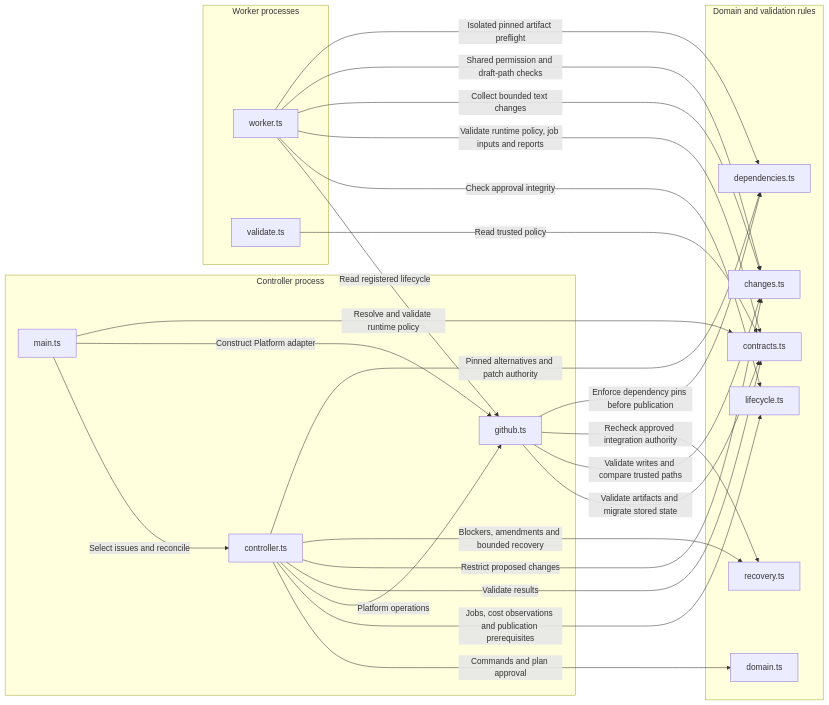
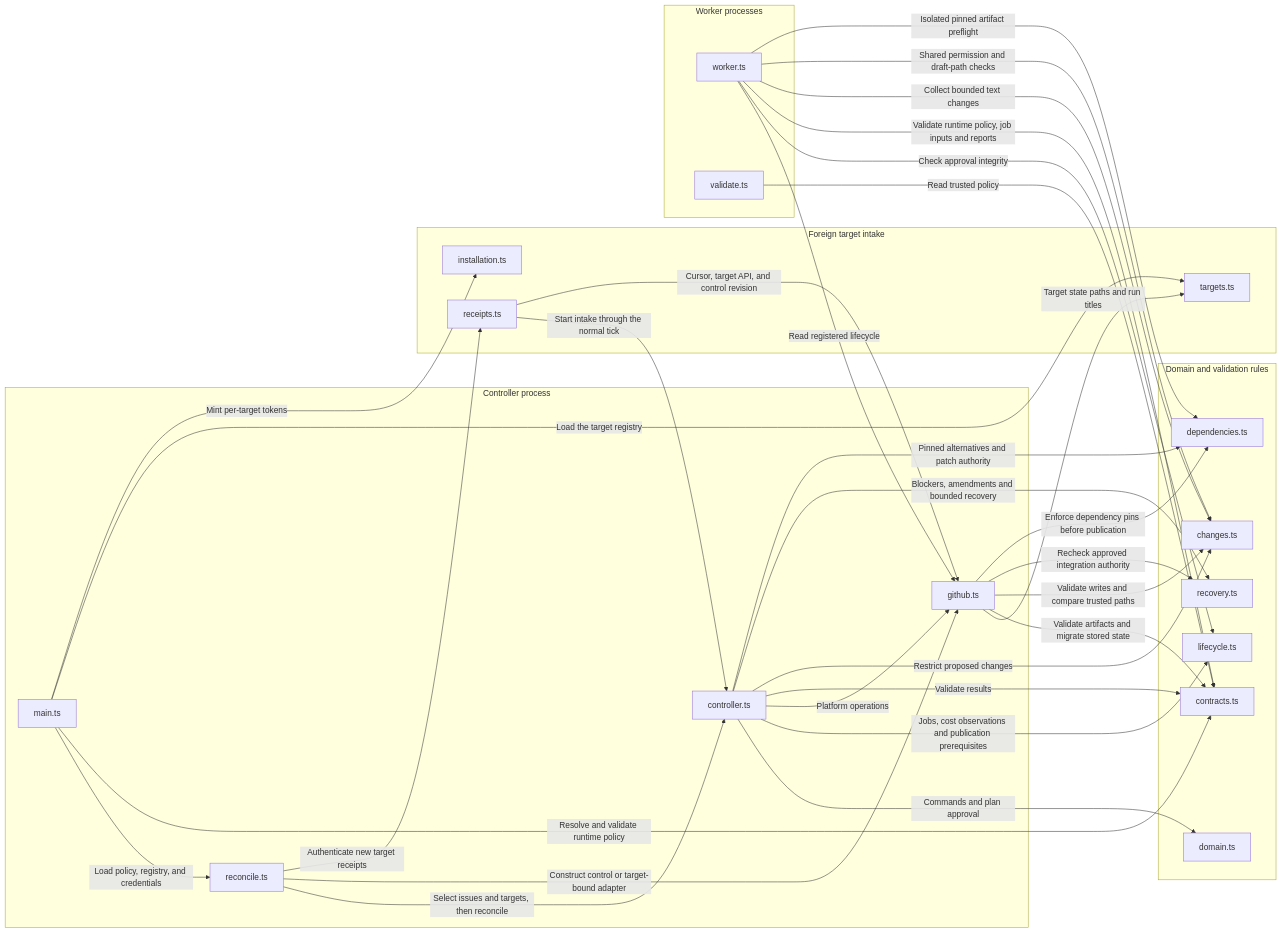
One commit to dav1dc-github-cs-org/sdlc-pilot-control changed the seventh of 8 diagrams in docs/architecture.md. Above: the diagram before and after it, drawn with Mermaid. The commit also changed other lines of this file and 14 other files, not shown here.

````diff
--- a/docs/architecture.md
+++ b/docs/architecture.md
@@ -866,41 +878,54 @@
 ```mermaid
 flowchart LR
     subgraph ComponentControl["Controller process"]
         ComponentMain["main.ts"]
+        ComponentReconcile["reconcile.ts"]
         ComponentController["controller.ts"]
         ComponentGitHub["github.ts"]
+    end
+    subgraph ComponentIntake["Foreign target intake"]
+        ComponentTargets["targets.ts"]
+        ComponentReceipts["receipts.ts"]
+        ComponentInstallation["installation.ts"]
     end
     subgraph ComponentRules["Domain and validation rules"]
         ComponentDomain["domain.ts"]
         ComponentLifecycle["lifecycle.ts"]
         ComponentContracts["contracts.ts"]
         ComponentChanges["changes.ts"]
         ComponentRecovery["recovery.ts"]
         ComponentDependencies["dependencies.ts"]
     end
     subgraph ComponentExecution["Worker processes"]
         ComponentWorker["worker.ts"]
         ComponentValidate["validate.ts"]
     end
-    ComponentMain -->|"Select issues and reconcile"| ComponentController
-    ComponentMain -->|"Construct Platform adapter"| ComponentGitHub
+    ComponentMain -->|"Load policy, registry, and credentials"| ComponentReconcile
     ComponentMain -->|"Resolve and validate runtime policy"| ComponentContracts
+    ComponentMain -->|"Load the target registry"| ComponentTargets
+    ComponentMain -->|"Mint per-target tokens"| ComponentInstallation
+    ComponentReconcile -->|"Select issues and targets, then reconcile"| ComponentController
+    ComponentReconcile -->|"Construct control or target-bound adapter"| ComponentGitHub
+    ComponentReconcile -->|"Authenticate new target receipts"| ComponentReceipts
+    ComponentReceipts -->|"Start intake through the normal tick"| ComponentController
+    ComponentReceipts -->|"Cursor, target API, and control revision"| ComponentGitHub
+    ComponentGitHub -->|"Target state paths and run titles"| ComponentTargets
     ComponentController -->|"Commands and plan approval"| ComponentDomain
     ComponentController -->|"Jobs, cost observations and publication prerequisites"| ComponentLifecycle
     ComponentController -->|"Platform operations"| ComponentGitHub
     ComponentController -->|"Validate results"| ComponentContracts
     ComponentController -->|"Restrict proposed changes"| ComponentChanges
     ComponentController -->|"Blockers, amendments and bounded recovery"| ComponentRecovery
     ComponentController -->|"Pinned alternatives and patch authority"| ComponentDependencies
     ComponentGitHub -->|"Validate artifacts and migrate stored state"| ComponentContracts
     ComponentGitHub -->|"Validate writes and compare trusted paths"| ComponentChanges
     ComponentGitHub -->|"Recheck approved integration authority"| ComponentRecovery
     ComponentGitHub -->|"Enforce dependency pins before publication"| ComponentDependencies
     ComponentWorker -->|"Read registered lifecycle"| ComponentGitHub
     ComponentWorker -->|"Check approval integrity"| ComponentLifecycle
     ComponentWorker -->|"Validate runtime policy, job inputs and reports"| ComponentContracts
     ComponentWorker -->|"Collect bounded text changes"| ComponentChanges
     ComponentWorker -->|"Shared permission and draft-path checks"| ComponentChanges
     ComponentWorker -->|"Isolated pinned artifact preflight"| ComponentDependencies
     ComponentValidate -->|"Read trusted policy"| ComponentContracts
 ```
````
